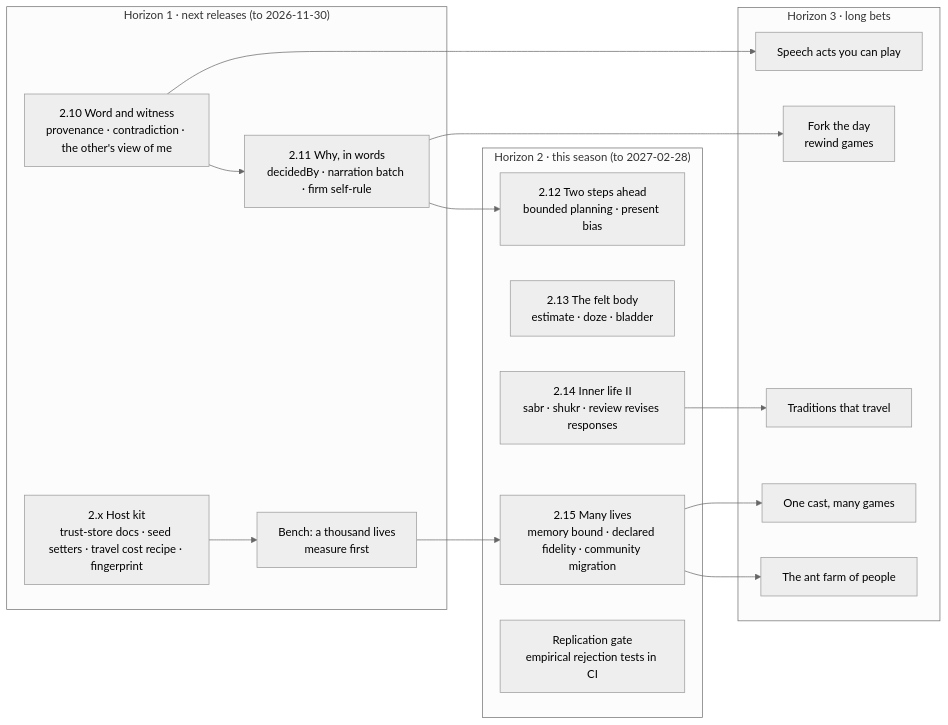
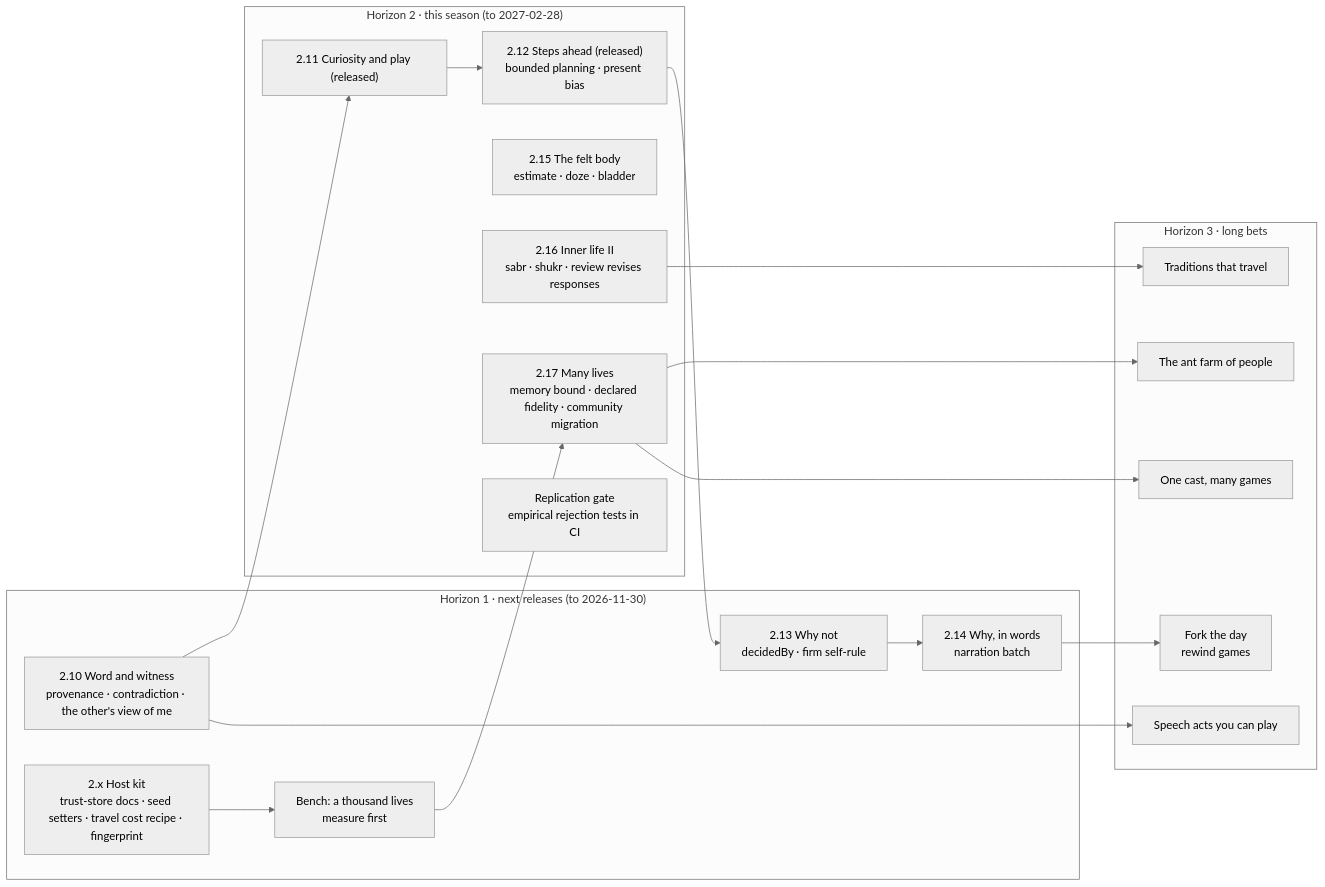
The diagram in docs/hf-roadmap-2026-10-20.md (adam0white/human-framework), drawn with Mermaid (neutral theme) before and after one commit. The commit also changed other lines of this file and 2 other files, not shown here.

Commit message:
Roadmap: curiosity and planning done, slice 3 is Why not (2.13), later engines renumbered; findings

````diff
--- a/docs/hf-roadmap-2026-10-20.md
+++ b/docs/hf-roadmap-2026-10-20.md
@@ -20,29 +20,31 @@
 ```mermaid
 flowchart LR
   subgraph H1["Horizon 1 · next releases (to 2026-11-30)"]
     A["2.10 Word and witness<br/>provenance · contradiction · the other's view of me"]
     B["2.x Host kit<br/>trust-store docs · seed setters · travel cost recipe · fingerprint"]
-    C["2.11 Why, in words<br/>decidedBy · narration batch · firm self-rule"]
+    C["2.13 Why not<br/>decidedBy · firm self-rule"]
+    C2["2.14 Why, in words<br/>narration batch"]
     D["Bench: a thousand lives<br/>measure first"]
   end
   subgraph H2["Horizon 2 · this season (to 2027-02-28)"]
-    E["2.12 Two steps ahead<br/>bounded planning · present bias"]
-    F["2.13 The felt body<br/>estimate · doze · bladder"]
-    G["2.14 Inner life II<br/>sabr · shukr · review revises responses"]
-    H["2.15 Many lives<br/>memory bound · declared fidelity · community migration"]
+    E0["2.11 Curiosity and play (released)"]
+    E["2.12 Steps ahead (released)<br/>bounded planning · present bias"]
+    F["2.15 The felt body<br/>estimate · doze · bladder"]
+    G["2.16 Inner life II<br/>sabr · shukr · review revises responses"]
+    H["2.17 Many lives<br/>memory bound · declared fidelity · community migration"]
     I["Replication gate<br/>empirical rejection tests in CI"]
   end
   subgraph H3["Horizon 3 · long bets"]
     J["Fork the day<br/>rewind games"]
     K["One cast, many games"]
     L["The ant farm of people"]
     M["Speech acts you can play"]
     N["Traditions that travel"]
   end
-  A --> C --> E
+  A --> E0 --> E --> C --> C2
   B --> D --> H --> L
   A --> M
-  C --> J
+  C2 --> J
   G --> N
   H --> K
 ```
````
